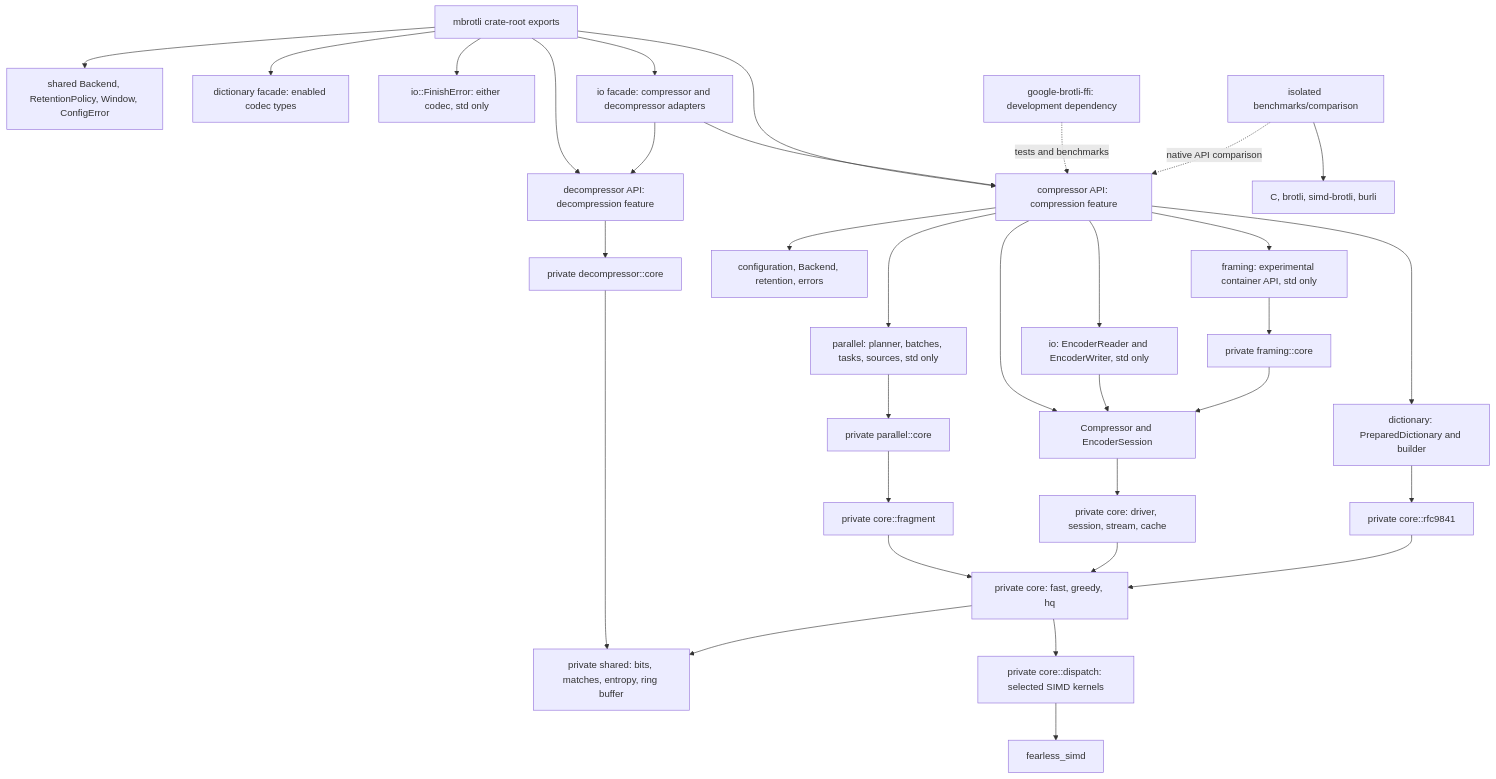
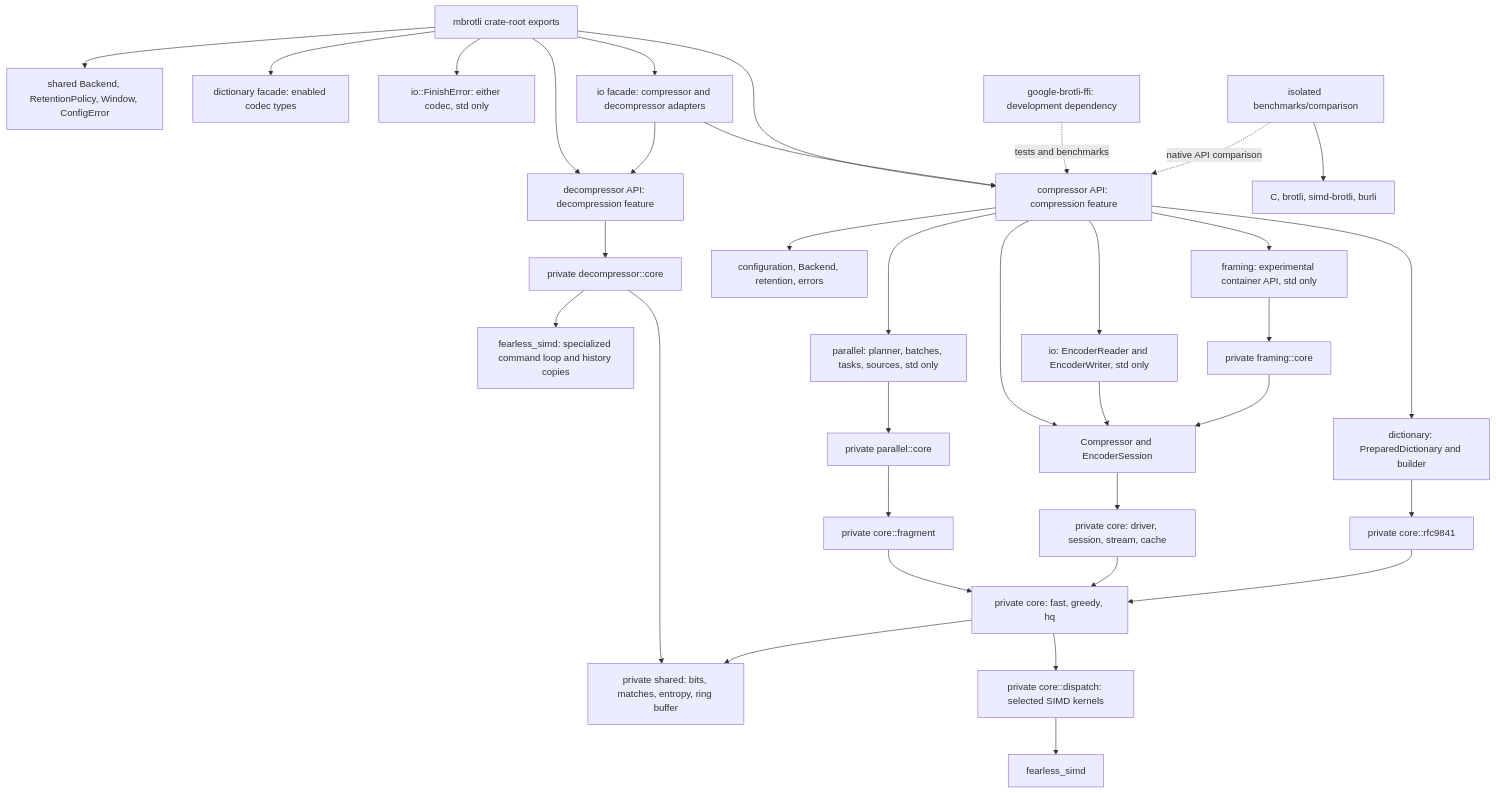
Before and after one commit to Mnwa/mbrotli: the diagram in architecture/README.md, drawn with Mermaid. The commit also changed other lines of this file and 9 other files, not shown here.

````diff
--- a/architecture/README.md
+++ b/architecture/README.md
@@ -34,35 +35,36 @@
 ```mermaid
 graph TD
     Root[mbrotli crate-root exports] --> API[compressor API: compression feature]
     Root --> Decode[decompressor API: decompression feature]
     Root --> Common[shared Backend, RetentionPolicy, Window, ConfigError]
     Root --> DictFacade[dictionary facade: enabled codec types]
     Root --> Finish[io::FinishError: either codec, std only]
     Decode --> DecodeCore[private decompressor::core]
+    DecodeCore --> DecodeSIMD[fearless_simd: specialized command loop and history copies]
     DecodeCore --> Shared
     Root --> Facade[io facade: compressor and decompressor adapters]
     Facade --> Decode
     Facade --> API
     API --> Config[configuration, Backend, retention, errors]
     API --> Serial[Compressor and EncoderSession]
     API --> IO[io: EncoderReader and EncoderWriter, std only]
     API --> Dictionary[dictionary: PreparedDictionary and builder]
     API --> Parallel[parallel: planner, batches, tasks, sources, std only]
     API --> Framing[framing: experimental container API, std only]
     IO --> Serial
     Serial --> Stream[private core: driver, session, stream, cache]
     Dictionary --> RFC[private core::rfc9841]
     Framing --> FrameCore[private framing::core]
     FrameCore --> Serial
     Parallel --> ParallelCore[private parallel::core]
     ParallelCore --> Fragment[private core::fragment]
     Fragment --> Encoders[private core: fast, greedy, hq]
     Stream --> Encoders
     RFC --> Encoders
     Encoders --> Kernels[private core::dispatch: selected SIMD kernels]
     Encoders --> Shared[private shared: bits, matches, entropy, ring buffer]
     Kernels --> SIMD[fearless_simd]
     C[google-brotli-ffi: development dependency] -. tests and benchmarks .-> API
     Comparison[isolated benchmarks/comparison] -. native API comparison .-> API
     Comparison --> Competitors[C, brotli, simd-brotli, burli]
 ```
````
